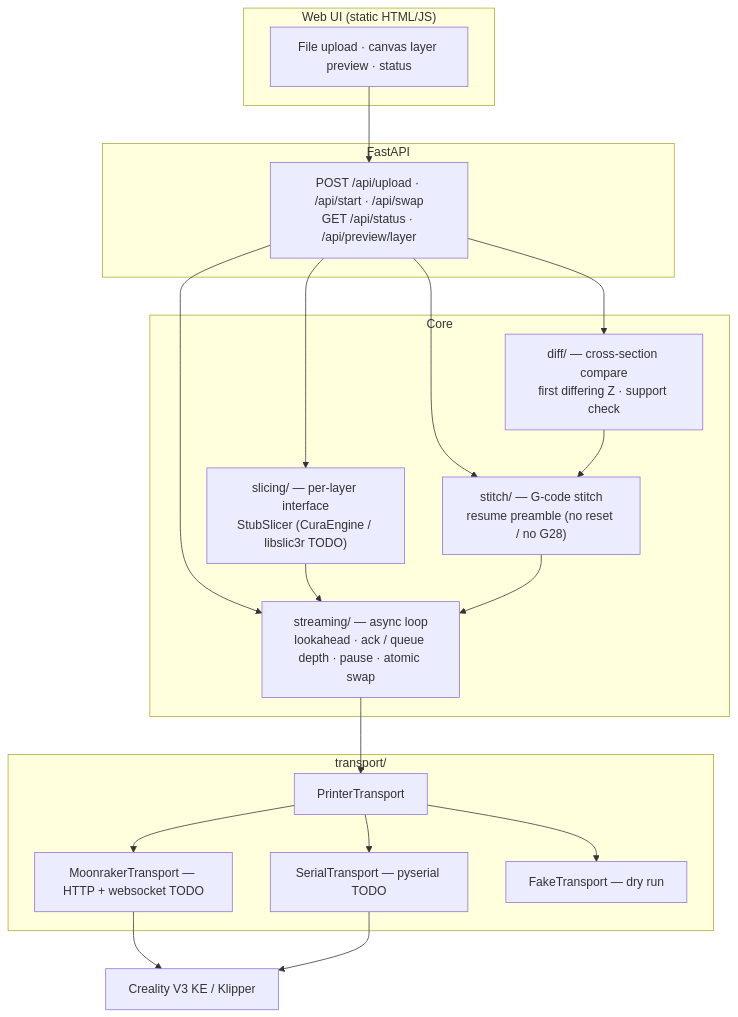
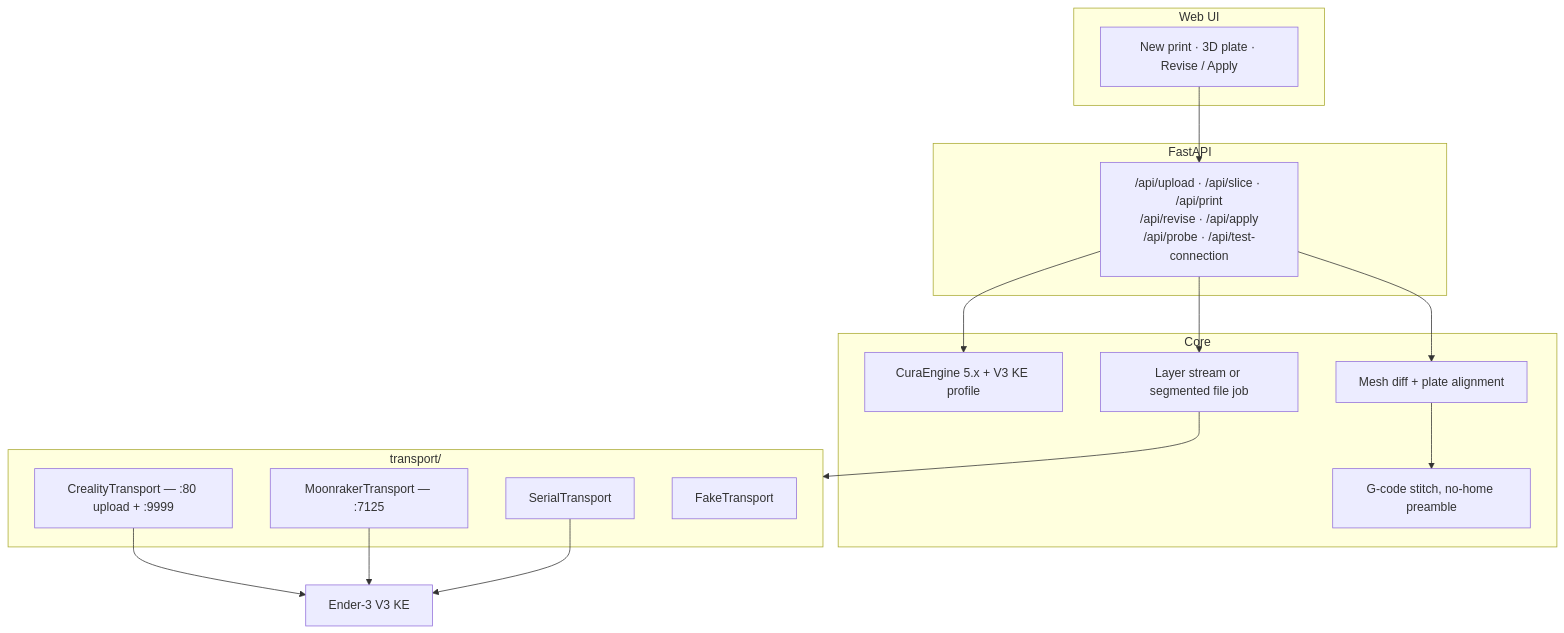
One commit to iliap669/layerstream-slicer changed the diagram in README.md. Above: the diagram before and after it, drawn with Mermaid. The commit also changed other lines of this file and 24 other files, not shown here.

First line of the commit message:
Add stock CrealityPrint transport, two-step UI, and plate alignment.

````diff
--- a/README.md
+++ b/README.md
@@ -11,41 +63,32 @@
 ```mermaid
 flowchart TB
-    subgraph Web["Web UI (static HTML/JS)"]
-        UI["File upload · canvas layer preview · status"]
+    subgraph Web["Web UI"]
+        UI["New print · 3D plate · Revise / Apply"]
     end
 
     subgraph API["FastAPI"]
-        EP["POST /api/upload · /api/start · /api/swap<br/>GET /api/status · /api/preview/layer"]
+        EP["/api/upload · /api/slice · /api/print<br/>/api/revise · /api/apply<br/>/api/probe · /api/test-connection"]
     end
 
     subgraph Core["Core"]
-        Slicer["slicing/ — per-layer interface<br/>StubSlicer (CuraEngine / libslic3r TODO)"]
-        Diff["diff/ — cross-section compare<br/>first differing Z · support check"]
-        Stitch["stitch/ — G-code stitch<br/>resume preamble (no reset / no G28)"]
-        Stream["streaming/ — async loop<br/>lookahead · ack / queue depth · pause · atomic swap"]
+        Slicer["CuraEngine 5.x + V3 KE profile"]
+        Diff["Mesh diff + plate alignment"]
+        Stitch["G-code stitch, no-home preamble"]
+        Stream["Layer stream or segmented file job"]
     end
 
     subgraph Transport["transport/"]
-        Abstract["PrinterTransport"]
-        Moonraker["MoonrakerTransport — HTTP + websocket TODO"]
-        Serial["SerialTransport — pyserial TODO"]
-        Fake["FakeTransport — dry run"]
+        Creality["CrealityTransport — :80 upload + :9999"]
+        Moonraker["MoonrakerTransport — :7125"]
+        Serial["SerialTransport"]
+        Fake["FakeTransport"]
     end
 
-    Printer["Creality V3 KE / Klipper"]
-
-    UI --> EP
-    EP --> Slicer
-    EP --> Diff
-    EP --> Stitch
-    EP --> Stream
-    Slicer --> Stream
-    Diff --> Stitch
-    Stitch --> Stream
-    Stream --> Abstract
-    Abstract --> Moonraker
-    Abstract --> Serial
-    Abstract --> Fake
+    Printer["Ender-3 V3 KE"]
+    UI --> EP --> Slicer
+    EP --> Diff --> Stitch
+    EP --> Stream --> Transport
+    Creality --> Printer
     Moonraker --> Printer
     Serial --> Printer
 ```
````
